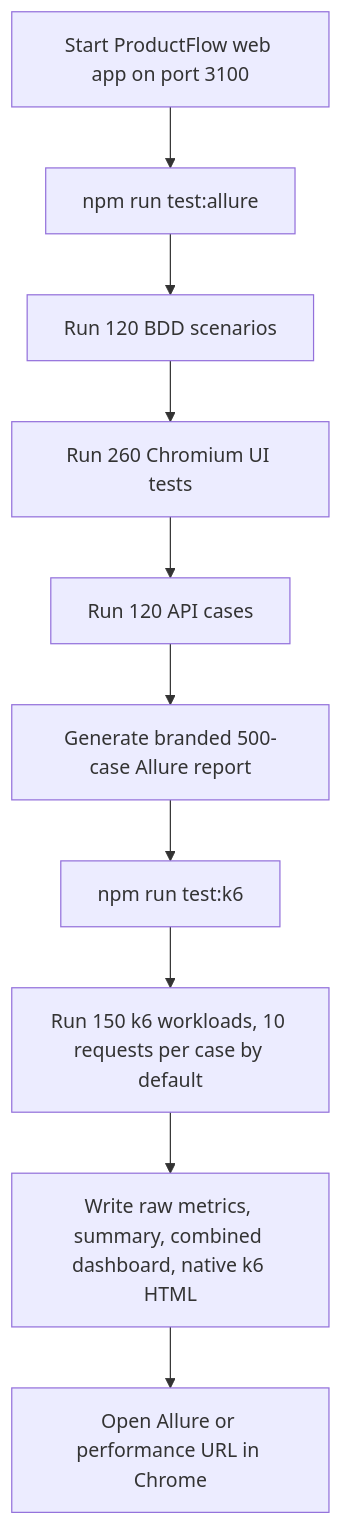
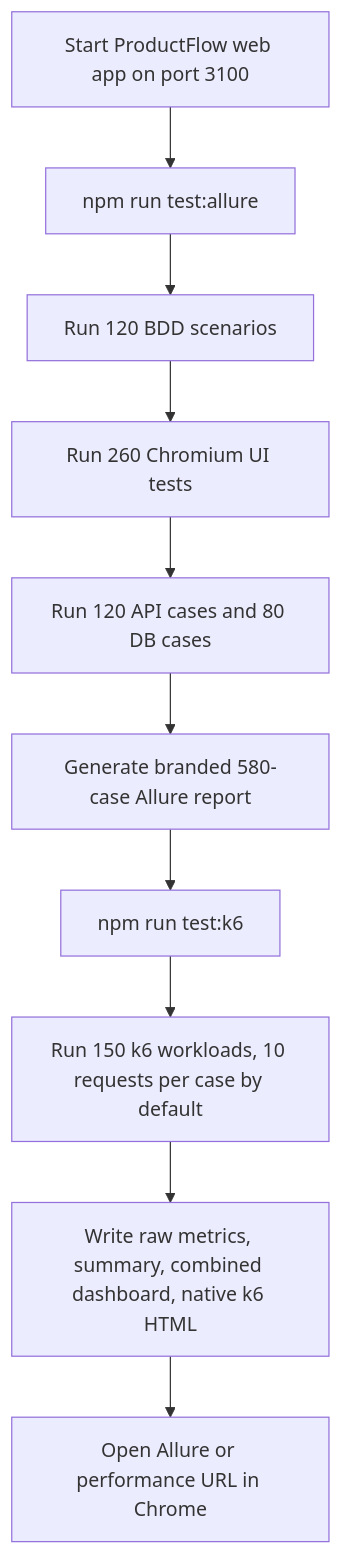
The diagram in playwright/README.md (haroondhanyal/Product_Flow_360), drawn with Mermaid before and after one commit. The commit also changed other lines of this file and 7 other files, not shown here.

Commit message:
Add 80 database validation cases to Allure

````diff
--- a/playwright/README.md
+++ b/playwright/README.md
@@ -28,12 +29,12 @@
 ```mermaid
 flowchart TD
   A[Start ProductFlow web app on port 3100] --> B[npm run test:allure]
   B --> C[Run 120 BDD scenarios]
   C --> D[Run 260 Chromium UI tests]
-  D --> E[Run 120 API cases]
-  E --> F[Generate branded 500-case Allure report]
+  D --> E[Run 120 API cases and 80 DB cases]
+  E --> F[Generate branded 580-case Allure report]
   F --> G[npm run test:k6]
   G --> H[Run 150 k6 workloads, 10 requests per case by default]
   H --> I[Write raw metrics, summary, combined dashboard, native k6 HTML]
   I --> J[Open Allure or performance URL in Chrome]
 ```
````
